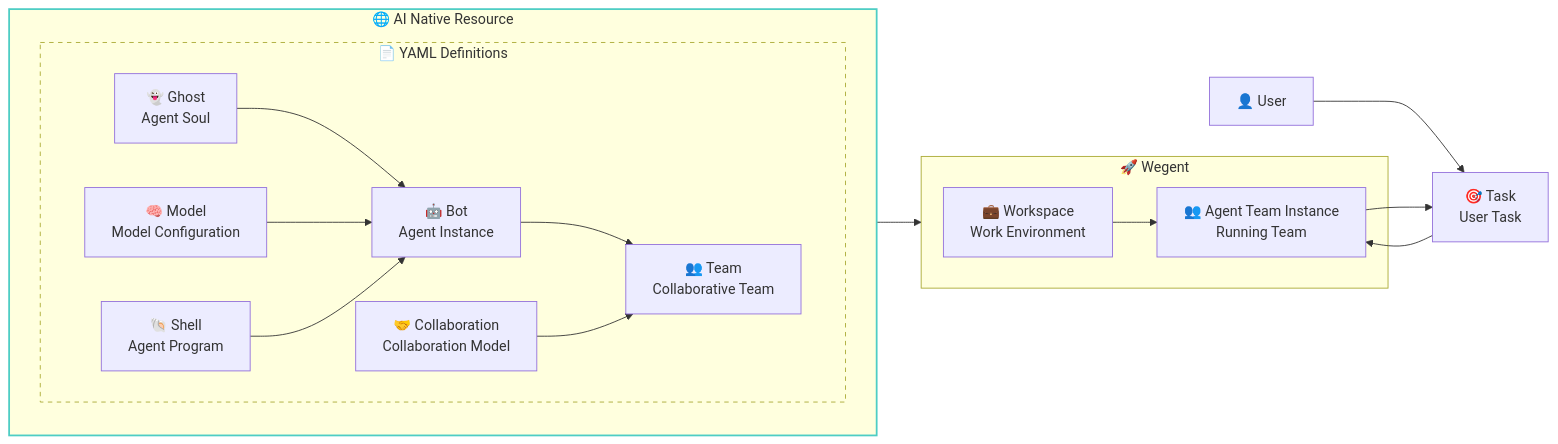
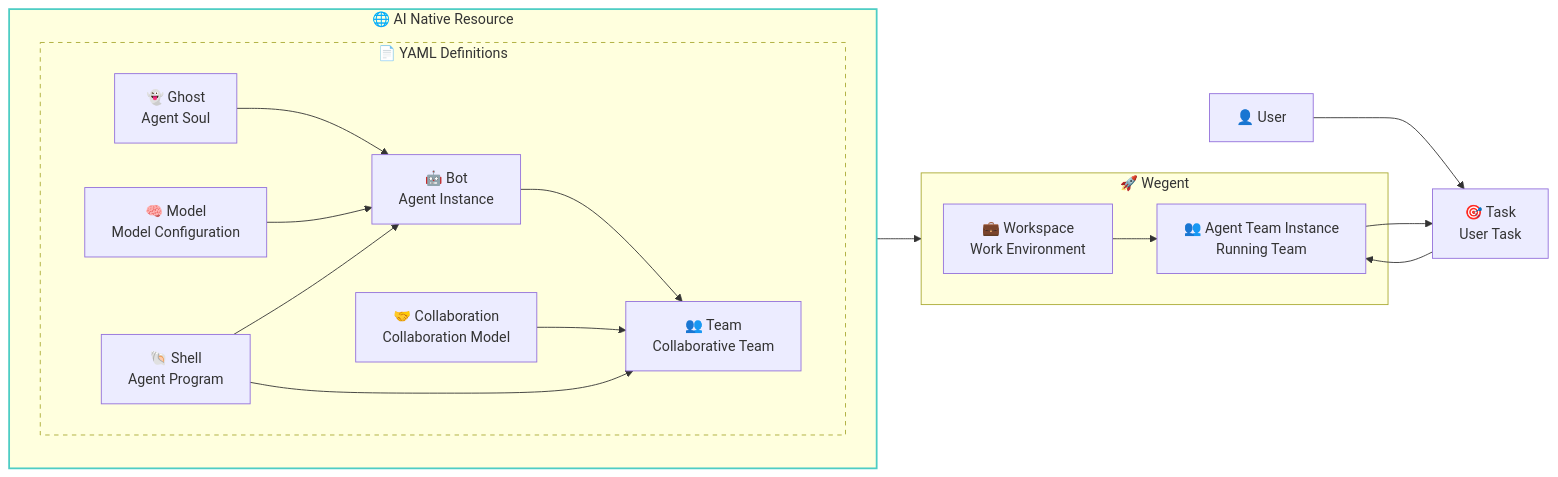
One commit to wecode-ai/Wegent changed the first of 2 diagrams in README.md. Above: the diagram before and after it, drawn with Mermaid. The commit also changed other lines of this file, not shown here.

````diff
--- a/README.md
+++ b/README.md
@@ -15,46 +15,47 @@
 ```mermaid
 graph LR
     subgraph AIResource ["🌐 AI Native Resource"]
         subgraph YAMLDef ["📄 YAML Definitions"]
             Ghost["👻 Ghost<br/>Agent Soul"]
             Model["🧠 Model<br/>Model Configuration"]
             Shell["🐚 Shell<br/>Agent Program"]
             Bot["🤖 Bot<br/>Agent Instance"]
             CollabModel["🤝 Collaboration<br/>Collaboration Model"]
             Team["👥 Team<br/>Collaborative Team"]
         end
      end
     
     subgraph Wegent ["🚀 Wegent"]
         Workspace["💼 Workspace<br/>Work Environment"]
         TeamInstance["👥 Agent Team Instance<br/>Running Team"]
     end
    
       User["👤 User"]
       Task["🎯 Task<br/>User Task"]
     %% CRD Resource Relationships
     Ghost --> Bot
     Model --> Bot
     Shell --> Bot
     Bot --> Team
     CollabModel --> Team
+    Shell --> Team
     
     %% Team Definition to Instance
     AIResource --> Wegent
     Workspace --> TeamInstance
     
     %% User Interaction Flow
     User --> Task
     Task --> TeamInstance
     TeamInstance --> Task
     
     %% Styling
     classDef yamlBox stroke-dasharray: 5 5
     classDef runtimeBox stroke:#ff6b6b,stroke-width:2px
     classDef resourceBox stroke:#4ecdc4,stroke-width:2px
     
     class YAMLDef yamlBox
     class Runtime runtimeBox
     class AIResource resourceBox
 
 ```
````
